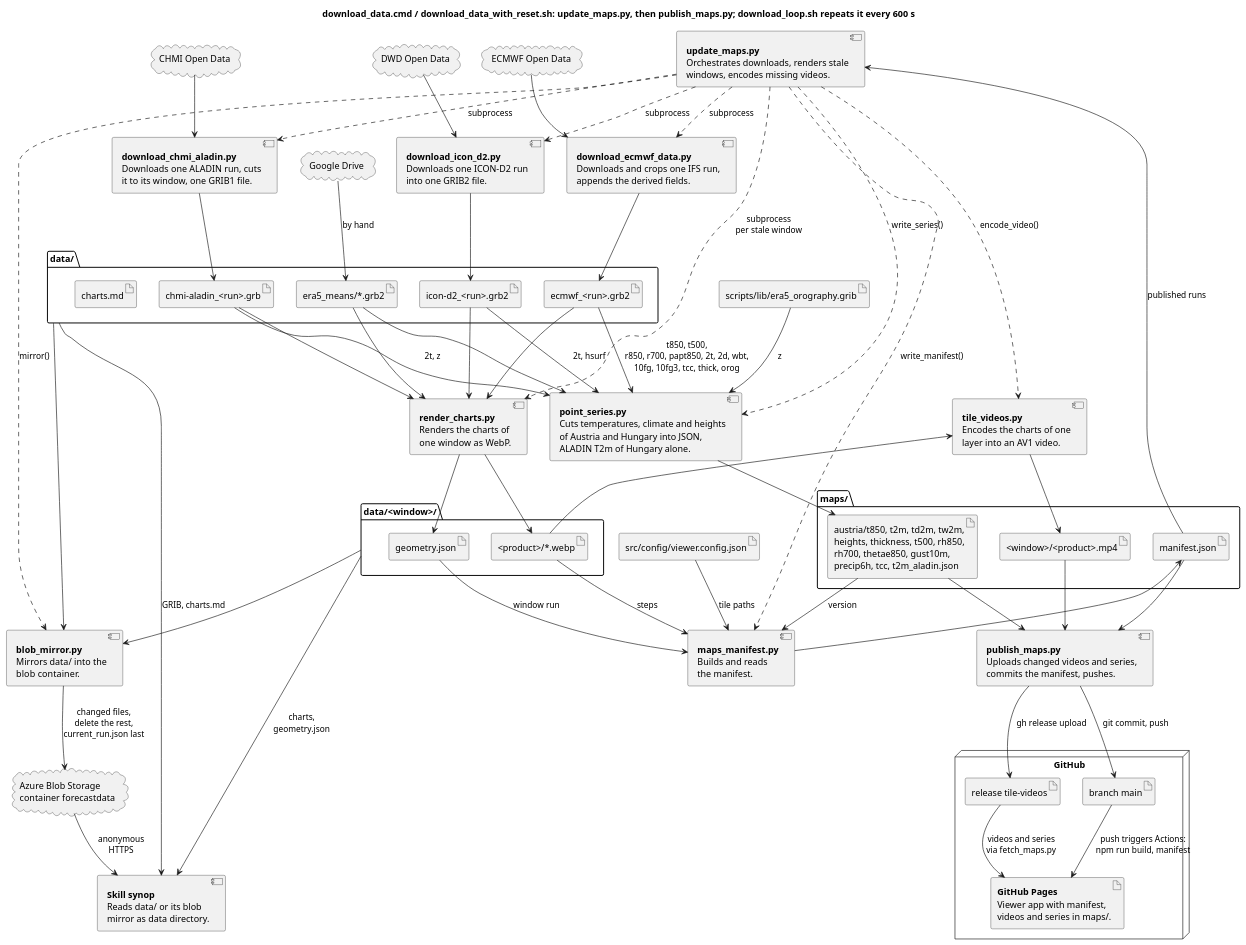
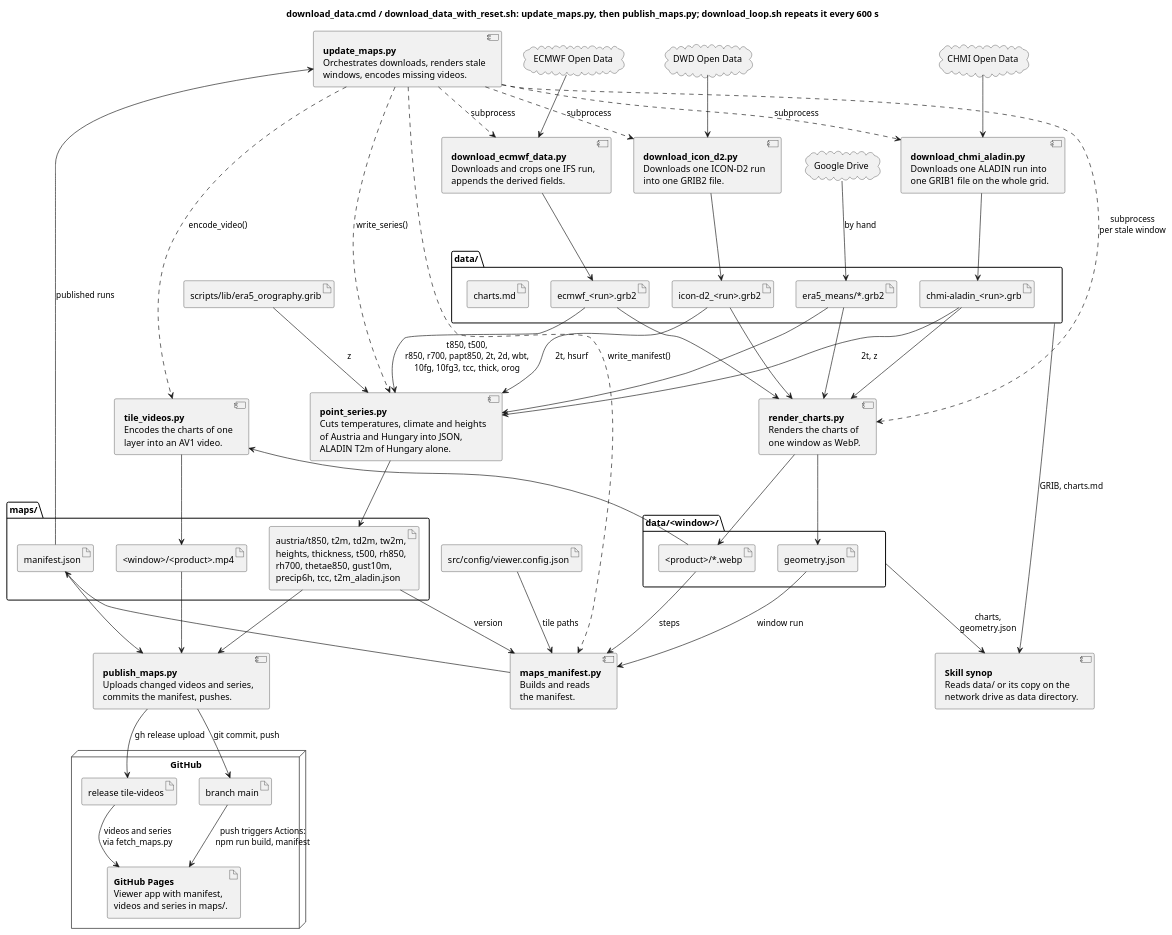
Before and after one commit to schletz/wetterkartenviewer: the first of 5 diagrams in REFERENCE.scripts.md, drawn with PlantUML. The commit also changed other lines of this file and 29 other files, not shown here.

First line of the commit message:
Keep whole ALADIN grid with all ICON fields, store ICON uncompressed, remove Azure mirror

````diff
--- a/REFERENCE.scripts.md
+++ b/REFERENCE.scripts.md
@@ -37,7 +37,6 @@
 cloud "DWD Open Data" as dwd
 cloud "CHMI Open Data" as chmi
 cloud "Google Drive" as gdrive
-cloud "Azure Blob Storage\ncontainer forecastdata" as blob
 component update_maps [
  **update_maps.py**
  Orchestrates downloads, renders stale
@@ -55,8 +54,8 @@
 ]
 component download_aladin [
  **download_chmi_aladin.py**
- Downloads one ALADIN run, cuts
- it to its window, one GRIB1 file.
+ Downloads one ALADIN run into
+ one GRIB1 file on the whole grid.
 ]
 component render_charts [
  **render_charts.py**
@@ -84,15 +83,10 @@
  Uploads changed videos and series,
  commits the manifest, pushes.
 ]
-component blob_mirror [
- **blob_mirror.py**
- Mirrors data/ into the
- blob container.
-]
 component synop [
  **Skill synop**
- Reads data/ or its blob
- mirror as data directory.
+ Reads data/ or its copy on the
+ network drive as data directory.
 ]
 folder "data/" as data_dir {
  artifact "ecmwf_<run>.grb2" as ecmwf_grib
@@ -128,7 +122,6 @@
 update_maps ..> tile_videos : encode_video()
 update_maps ..> point_series : write_series()
 update_maps ..> maps_manifest : write_manifest()
-update_maps ..> blob_mirror : mirror()
 ecmwf --> download_ecmwf
 dwd --> download_icon
 chmi --> download_aladin
@@ -165,9 +158,5 @@
 release --> pages : videos and series\nvia fetch_maps.py
 data_dir --> synop : GRIB, charts.md
 window_dir --> synop : charts,\ngeometry.json
-data_dir --> blob_mirror
-window_dir --> blob_mirror
-blob_mirror --> blob : changed files,\ndelete the rest,\ncurrent_run.json last
-blob --> synop : anonymous\nHTTPS
 @enduml
 ```
````
